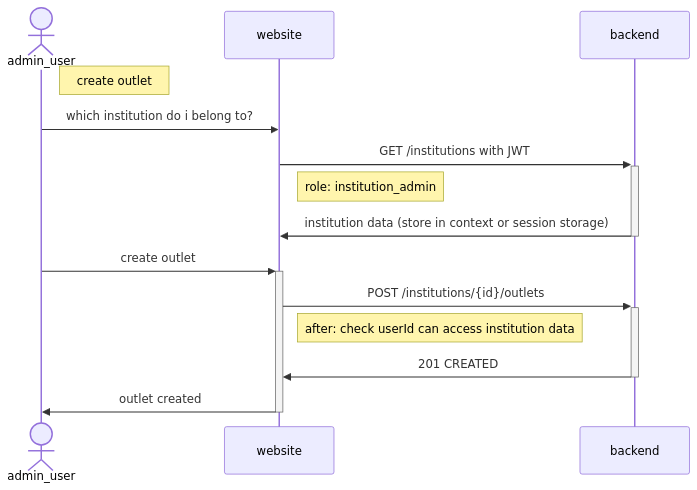
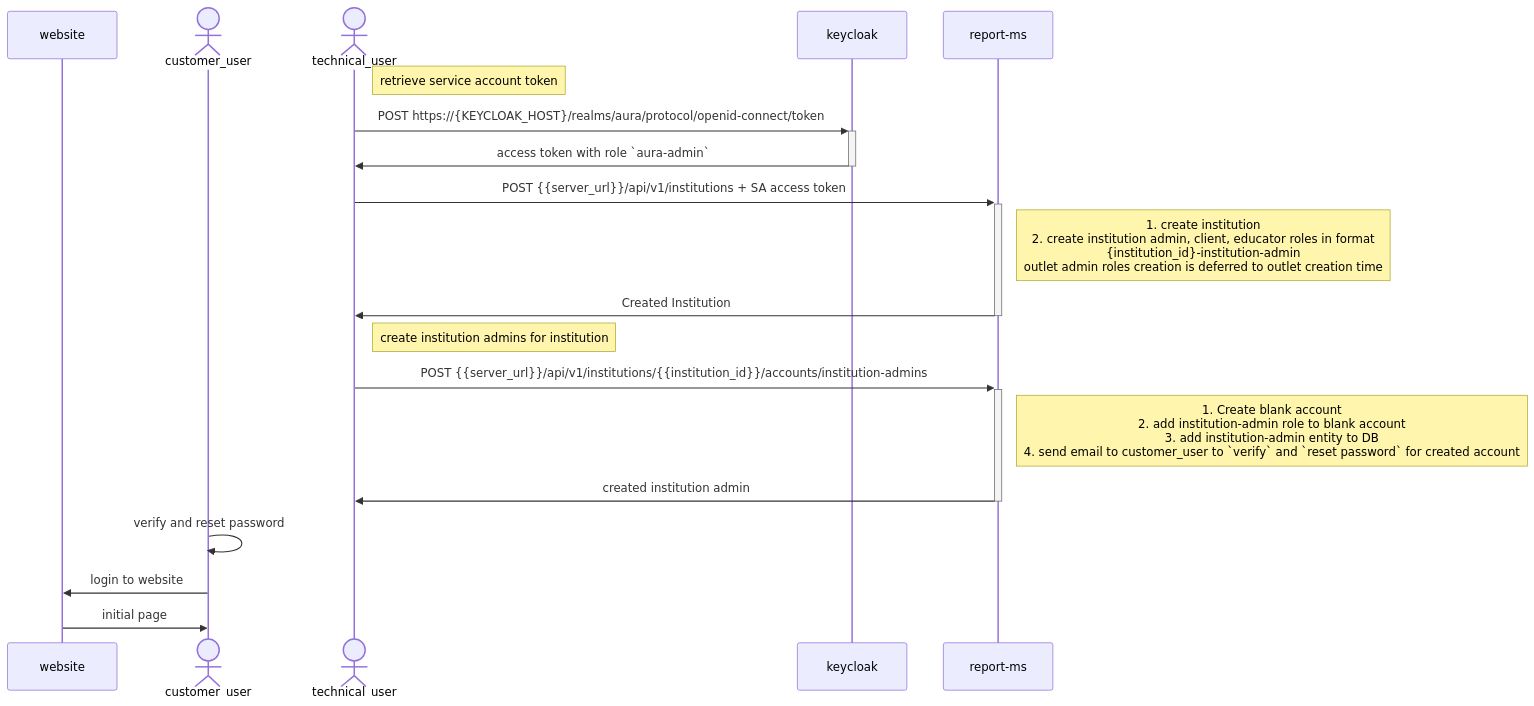
The first of 6 diagrams in aura-report-website/diagrams/new-institution-admin-user-flow.md (AuraAITools/aura-report-website), drawn with Mermaid before and after one commit. The commit also changed other lines of this file and 90 other files, not shown here.

First line of the commit message:
feat(page): outlets page (#3)

````diff
--- a/aura-report-website/diagrams/new-institution-admin-user-flow.md
+++ b/aura-report-website/diagrams/new-institution-admin-user-flow.md
@@ -17,17 +22,25 @@
 ```mermaid
 sequenceDiagram
-    actor admin_user
-    participant website
-    participant backend
+   participant website
+   actor customer_user
+   actor technical_user
+   participant keycloak
+   participant report-ms
 
-    note right of admin_user: create outlet
-    admin_user ->> website: which institution do i belong to?
-    website ->> +backend: GET /institutions with JWT
-    note right of website: role: institution_admin
-    backend ->> -website: institution data (store in context or session storage)
-    admin_user->>+website: create outlet
-    website ->> +backend: POST /institutions/{id}/outlets
-    note right of website: after: check userId can access institution data
-    backend ->> -website: 201 CREATED
-    website ->> -admin_user : outlet created
+   note right of technical_user: retrieve service account token
+   technical_user ->> +keycloak: POST https://{KEYCLOAK_HOST}/realms/aura/protocol/openid-connect/token
+   keycloak ->> -technical_user: access token with role `aura-admin`
+
+   technical_user ->> +report-ms: POST {{server_url}}/api/v1/institutions + SA access token
+   note right of report-ms: 1. create institution <br> 2. create institution admin, client, educator roles in format <br>{institution_id}-institution-admin <br>outlet admin roles creation is deferred to outlet creation time
+   report-ms ->> -technical_user: Created Institution
+
+   note right of technical_user: create institution admins for institution
+   technical_user ->> +report-ms: POST {{server_url}}/api/v1/institutions/{{institution_id}}/accounts/institution-admins
+   note right of report-ms: 1. Create blank account <br> 2. add institution-admin role to blank account <br> 3. add institution-admin entity to DB <br> 4. send email to customer_user to `verify` and `reset password` for created account
+   report-ms ->> -technical_user: created institution admin
+   customer_user ->> customer_user: verify and reset password
+   customer_user ->> website: login to website
+   website ->> customer_user: initial page
+
 ```
````
